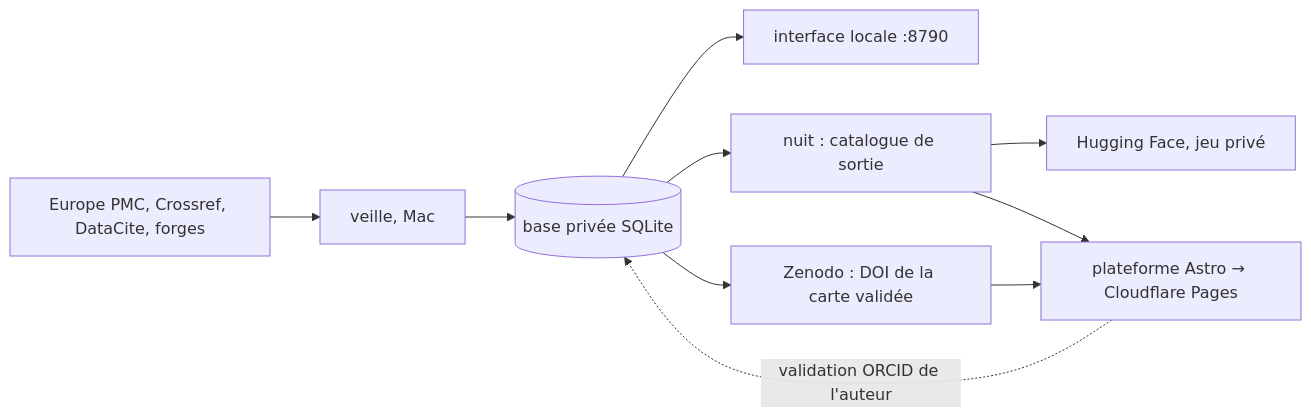
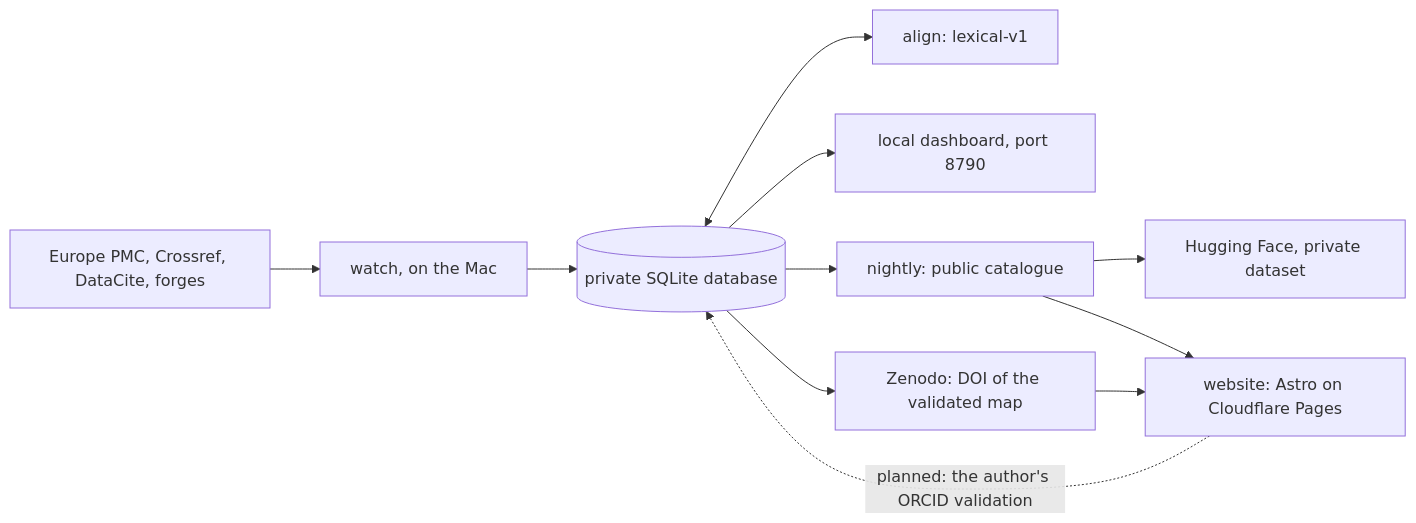
One commit to NeuraCrypt/OSCR changed the diagram in docs/ARCHITECTURE.md. Above: the diagram before and after it, drawn with Mermaid. The commit also changed other lines of this file and 164 other files, not shown here.

````diff
--- a/docs/ARCHITECTURE.md
+++ b/docs/ARCHITECTURE.md
@@ -17,12 +18,13 @@
 ```mermaid
 flowchart LR
-  EPMC[Europe PMC, Crossref, DataCite, forges] --> V[veille, Mac]
-  V --> B[(base privée SQLite)]
-  B --> I[interface locale :8790]
-  B --> N[nuit : catalogue de sortie]
-  N --> HF[Hugging Face, jeu privé]
-  N --> P[plateforme Astro → Cloudflare Pages]
-  P -. validation ORCID de l'auteur .-> B
-  B --> Z[Zenodo : DOI de la carte validée]
+  EPMC["Europe PMC, Crossref, DataCite, forges"] --> W["watch, on the Mac"]
+  W --> B[("private SQLite database")]
+  B <--> A["align: lexical-v1"]
+  B --> I["local dashboard, port 8790"]
+  B --> N["nightly: public catalogue"]
+  N --> HF["Hugging Face, private dataset"]
+  N --> P["website: Astro on Cloudflare Pages"]
+  P -. "planned: the author's ORCID validation" .-> B
+  B --> Z["Zenodo: DOI of the validated map"]
   Z --> P
 ```
````
